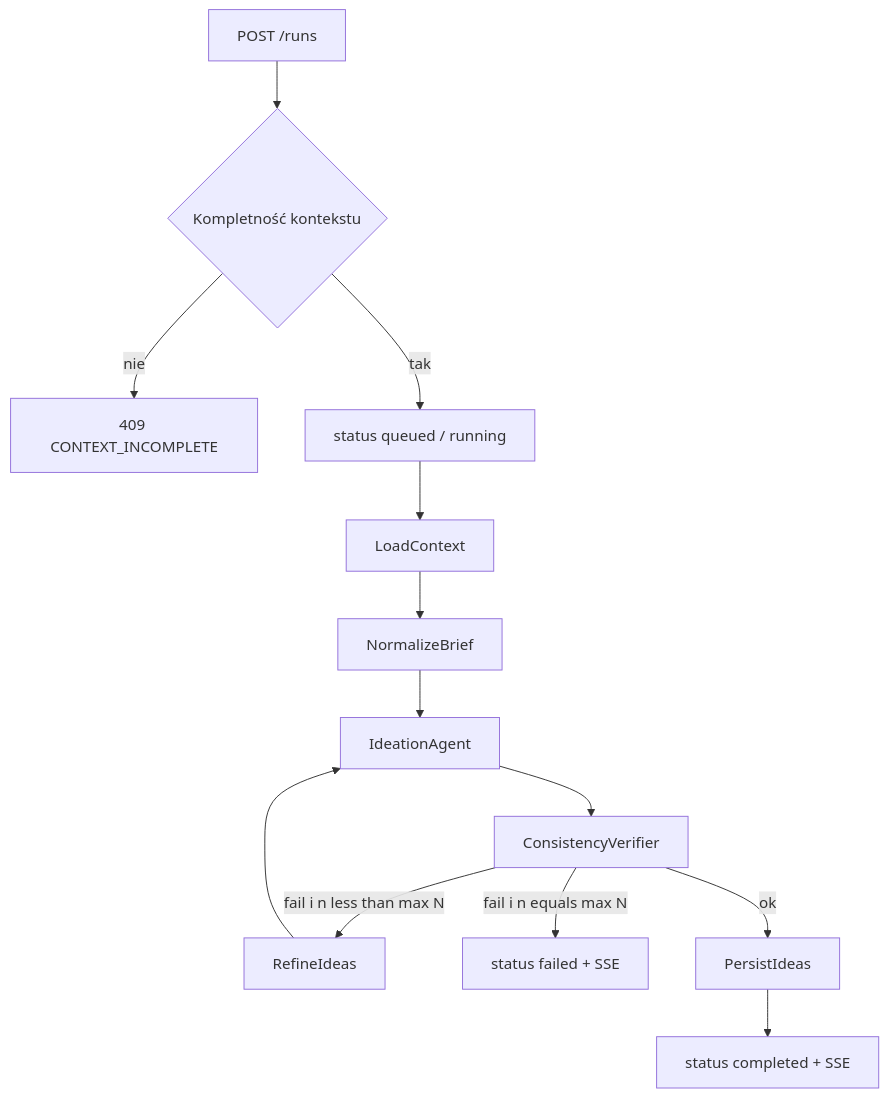
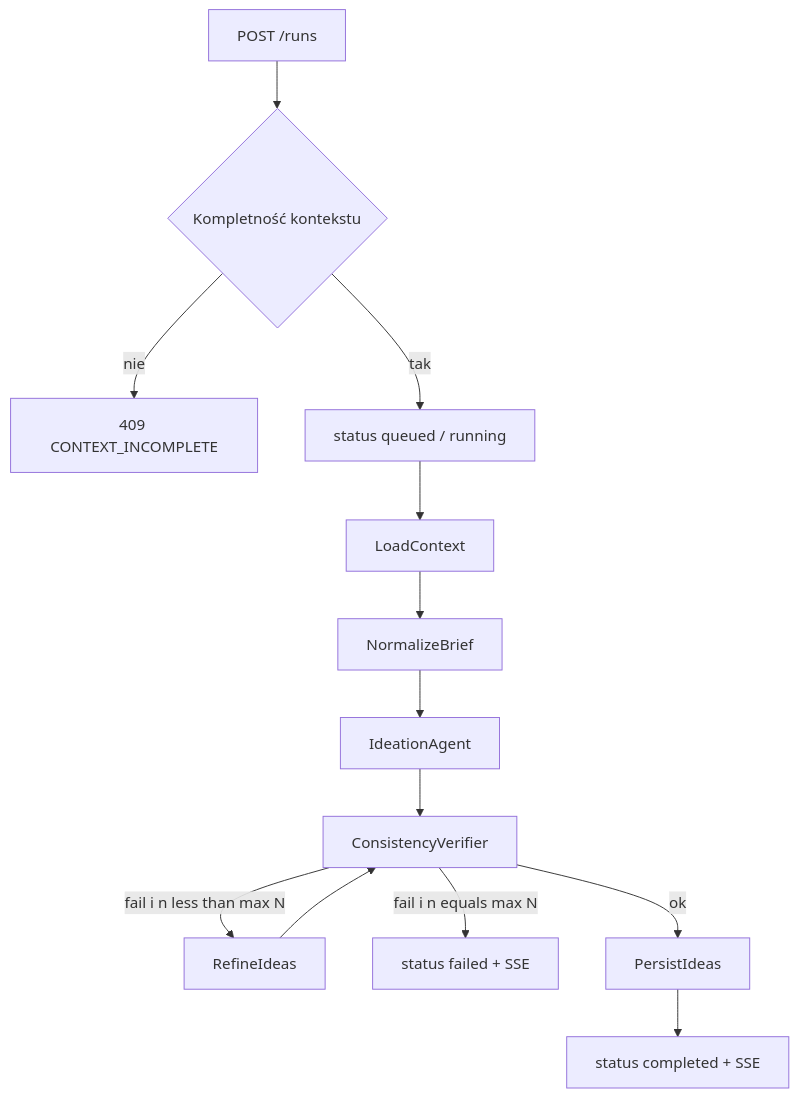
The third of 6 diagrams in docs/data_flow.md (matej2314/content-chain), drawn with Mermaid before and after one commit. The commit also changed other lines of this file and 7 other files, not shown here.

Commit message:
Compile the Social LangGraph pipeline and expose it through SocialPipelineFacade. Route by phase after normalizeBrief, loop refine back to the verifier, and map graph state to completed, HITL, or failed outcomes without a checkpointer.

````diff
--- a/docs/data_flow.md
+++ b/docs/data_flow.md
@@ -59,15 +59,15 @@
 ```mermaid
 flowchart TB
   Start[POST /runs] --> Gate{Kompletność kontekstu}
   Gate -->|nie| E409[409 CONTEXT_INCOMPLETE]
   Gate -->|tak| Q[status queued / running]
   Q --> Load[LoadContext]
   Load --> Norm[NormalizeBrief]
   Norm --> Idea[IdeationAgent]
   Idea --> Ver[ConsistencyVerifier]
   Ver -->|fail i n less than max N| Ref[RefineIdeas]
-  Ref --> Idea
+  Ref --> Ver
   Ver -->|fail i n equals max N| Fail[status failed + SSE]
   Ver -->|ok| Pers[PersistIdeas]
   Pers --> Done[status completed + SSE]
 ```
````
